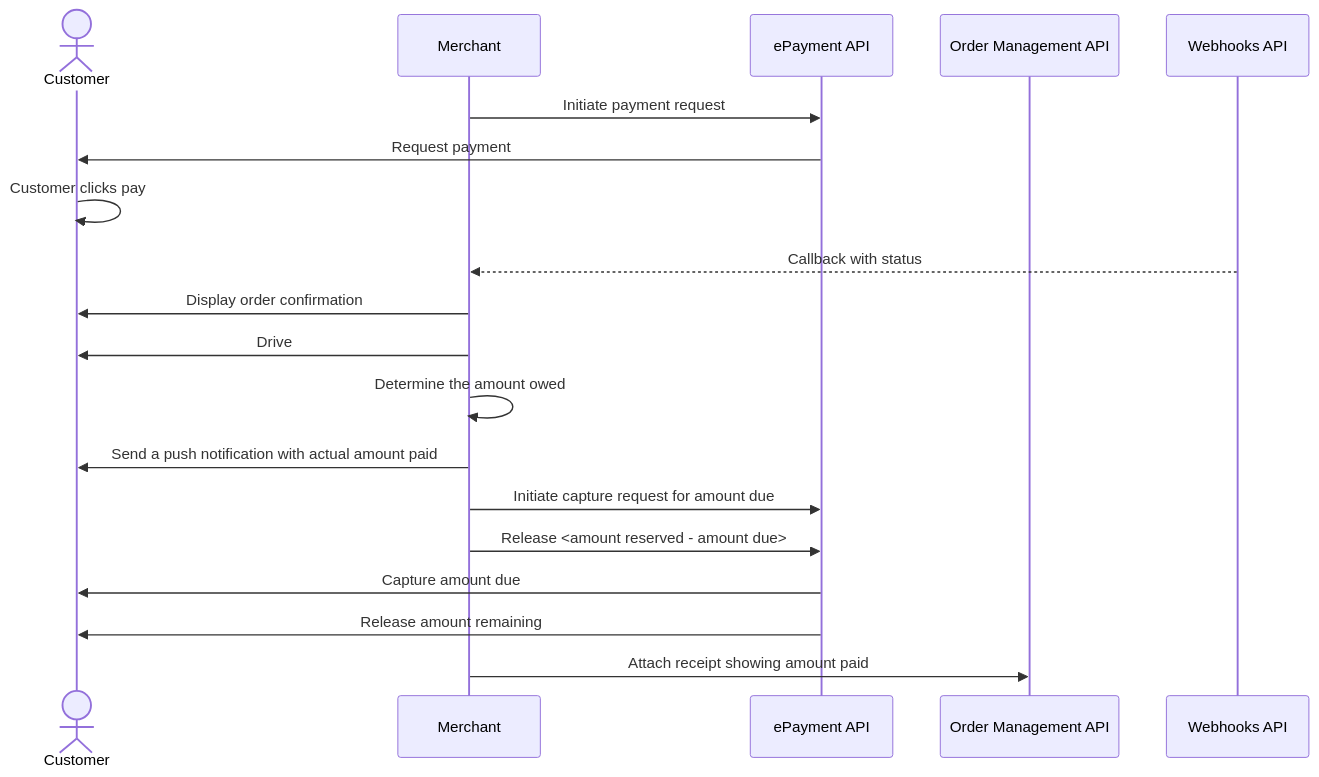
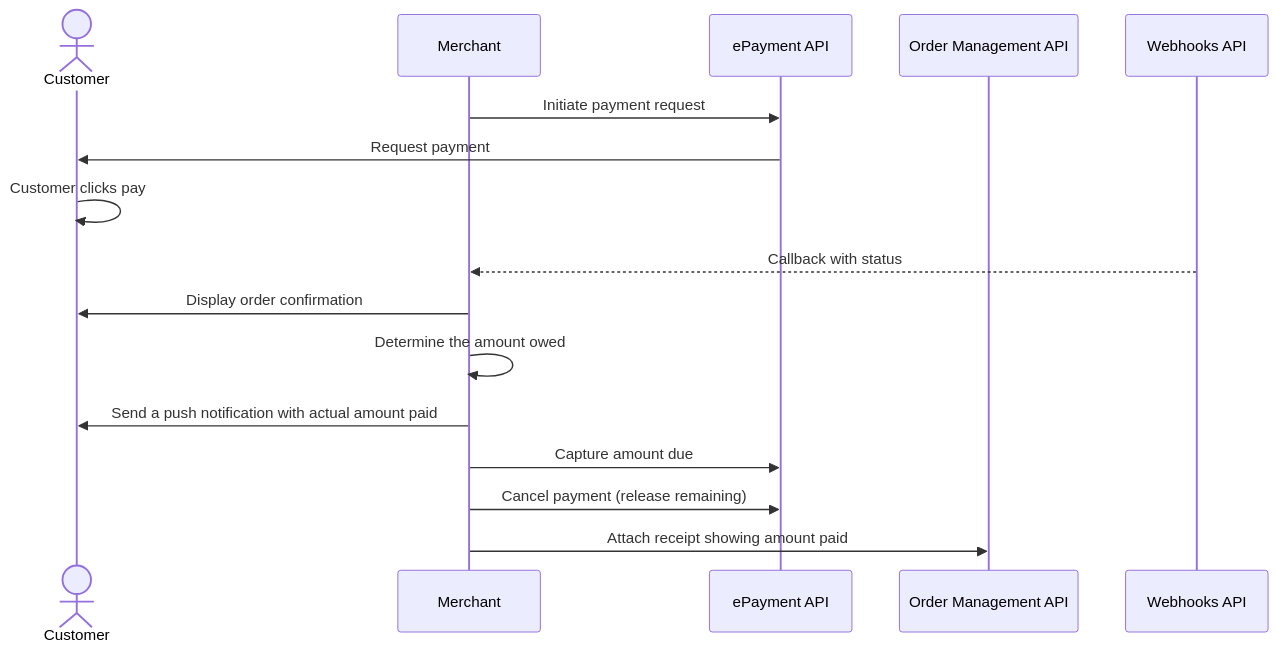
One commit to vippsas/vipps-solutions changed the diagram in taxi-companies/pay-through-taxi-app.md. Above: the diagram before and after it, drawn with Mermaid. The commit also changed 5 other files, not shown here.

Commit message:
Updates to seq diagrams

````diff
--- a/taxi-companies/pay-through-taxi-app.md
+++ b/taxi-companies/pay-through-taxi-app.md
@@ -164,22 +164,19 @@
 ``` mermaid
 sequenceDiagram
     actor C as Customer
     participant M as Merchant
     participant ePayment as ePayment API
     participant ordermanagement as Order Management API
     participant Webhooks as Webhooks API
 
     M->>ePayment: Initiate payment request
     ePayment->>C: Request payment
     C->>C: Customer clicks pay
     Webhooks-->>M: Callback with status
     M->>C: Display order confirmation
-    M->>C: Drive
     M->>M: Determine the amount owed
     M->>C: Send a push notification with actual amount paid
-    M->>ePayment: Initiate capture request for amount due
-    M->>ePayment: Release <amount reserved - amount due>
-    ePayment->>C: Capture amount due
-    ePayment->>C: Release amount remaining
+    M->>ePayment: Capture amount due
+    M->>ePayment: Cancel payment (release remaining)
     M->>ordermanagement: Attach receipt showing amount paid
 ```
````
